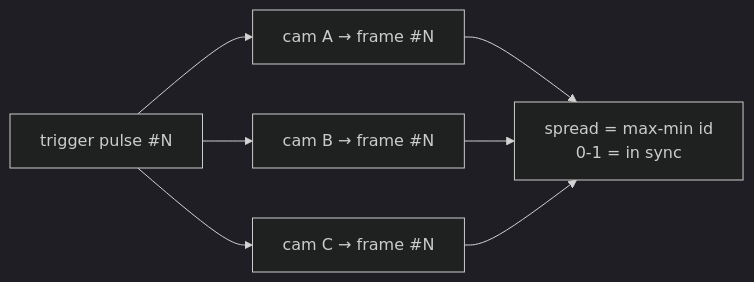
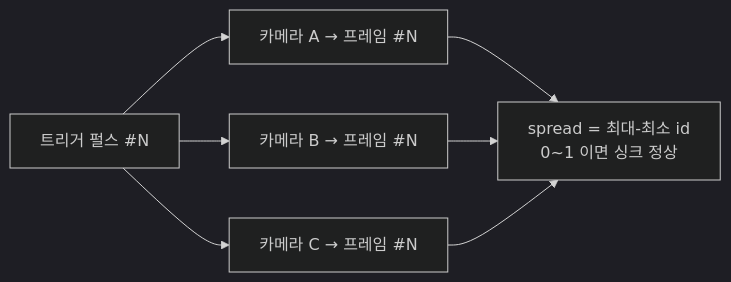
One commit to willi19/paradex changed the fourth of 6 diagrams in docs/camera_system.md. Above: the diagram before and after it, drawn with Mermaid (dark theme). The commit also changed other lines of this file and 154 other files, not shown here.

First line of the commit message:
docs: rewrite Camera System guide in Korean, flowing explanatory prose

````diff
--- a/docs/camera_system.md
+++ b/docs/camera_system.md
@@ -87,7 +101,7 @@
 ```{mermaid}
 flowchart LR
-    GEN["trigger pulse #N"] --> C1["cam A → frame #N"]
-    GEN --> C2["cam B → frame #N"]
-    GEN --> C3["cam C → frame #N"]
-    C1 & C2 & C3 --> CHK["spread = max-min id<br/>0-1 = in sync"]
+    GEN["트리거 펄스 #N"] --> C1["카메라 A → 프레임 #N"]
+    GEN --> C2["카메라 B → 프레임 #N"]
+    GEN --> C3["카메라 C → 프레임 #N"]
+    C1 & C2 & C3 --> CHK["spread = 최대-최소 id<br/>0~1 이면 싱크 정상"]
 ```
````
